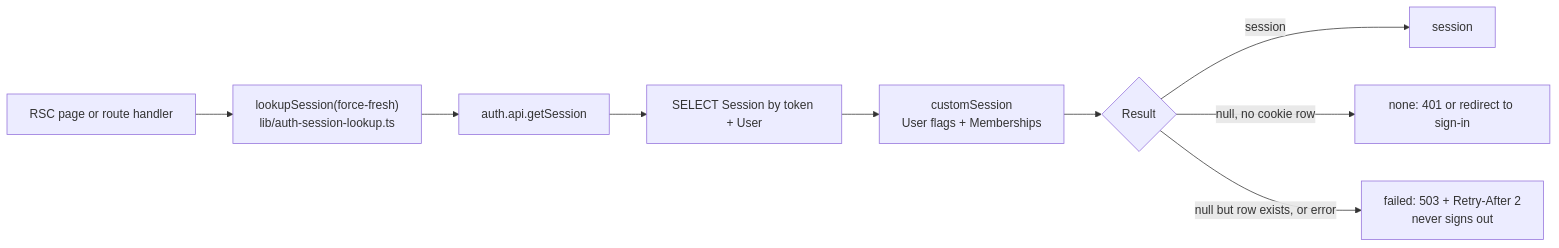
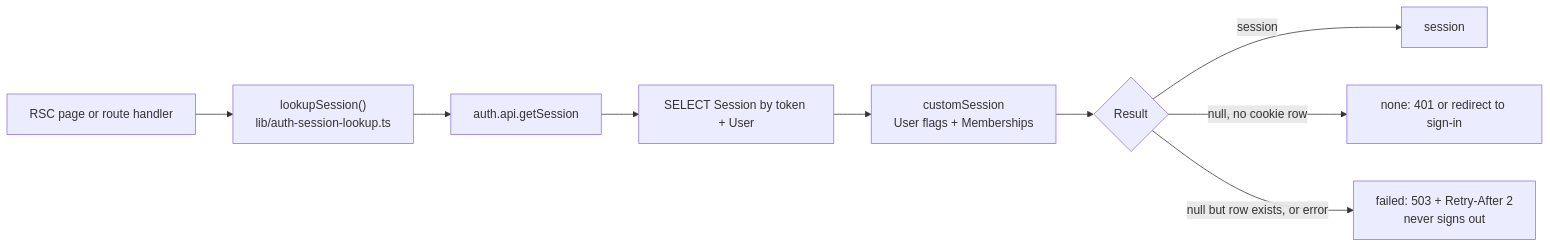
The second of 9 diagrams in docs/authentication/architecture.md (Practitionist/familiarise_web), drawn with Mermaid before and after one commit. The commit also changed other lines of this file and 203 other files, not shown here.

````diff
--- a/docs/authentication/architecture.md
+++ b/docs/authentication/architecture.md
@@ -101,11 +102,11 @@
 ```mermaid
 flowchart LR
-  A["RSC page or route handler"] --> L["lookupSession(force-fresh)<br/>lib/auth-session-lookup.ts"]
+  A["RSC page or route handler"] --> L["lookupSession()<br/>lib/auth-session-lookup.ts"]
   L --> BA["auth.api.getSession"]
   BA --> DB["SELECT Session by token + User"]
   DB --> CS["customSession<br/>User flags + Memberships"]
   CS --> R{"Result"}
   R -- session --> OK["session"]
   R -- "null, no cookie row" --> NONE["none: 401 or redirect to sign-in"]
   R -- "null but row exists, or error" --> FAIL["failed: 503 + Retry-After 2<br/>never signs out"]
 ```
````
